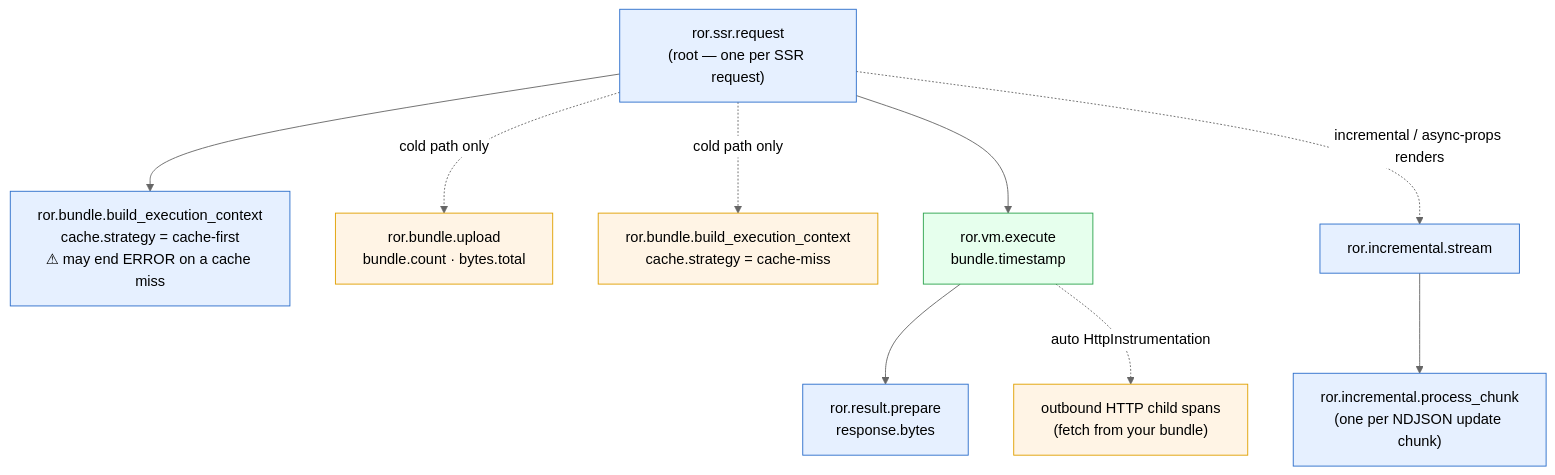
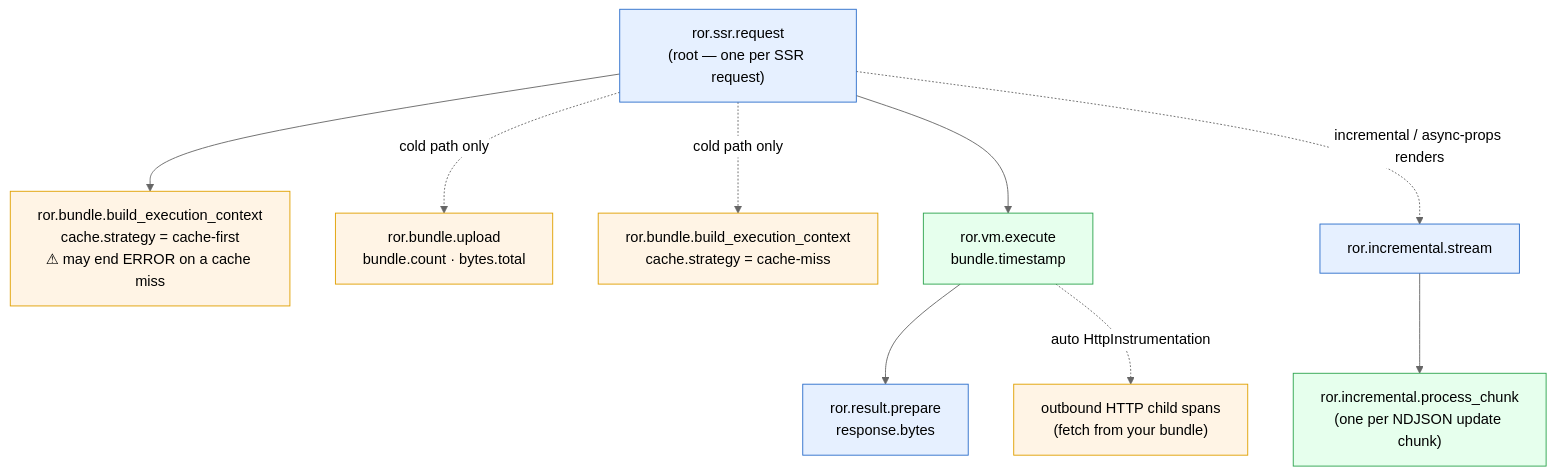
The fifth of 5 diagrams in docs/pro/node-renderer.md (shakacode/react_on_rails), drawn with Mermaid (neutral theme) before and after one commit. The commit also changed 1 other file, not shown here.

Commit message:
Style remaining docs diagram nodes

````diff
--- a/docs/pro/node-renderer.md
+++ b/docs/pro/node-renderer.md
@@ -410,21 +410,21 @@
 ```mermaid
 flowchart TB
     Root["ror.ssr.request<br/>(root — one per SSR request)"]
     Root --> BEC1["ror.bundle.build_execution_context<br/>cache.strategy = cache-first<br/>⚠ may end ERROR on a cache miss"]
     Root -. "cold path only" .-> Up["ror.bundle.upload<br/>bundle.count · bytes.total"]
     Root -. "cold path only" .-> BEC2["ror.bundle.build_execution_context<br/>cache.strategy = cache-miss"]
     Root --> Vm["ror.vm.execute<br/>bundle.timestamp"]
     Vm --> Prep["ror.result.prepare<br/>response.bytes"]
     Vm -. "auto HttpInstrumentation" .-> Http["outbound HTTP child spans<br/>(fetch from your bundle)"]
     Root -. "incremental / async-props renders" .-> Inc["ror.incremental.stream"]
     Inc --> Chunk["ror.incremental.process_chunk<br/>(one per NDJSON update chunk)"]
     style Root fill:#e6f0ff,stroke:#2c6ecb,color:#000
-    style BEC1 fill:#e6f0ff,stroke:#2c6ecb,color:#000
+    style BEC1 fill:#fff4e5,stroke:#e0a000,color:#000
     style Prep fill:#e6f0ff,stroke:#2c6ecb,color:#000
     style Vm fill:#e6ffed,stroke:#2da44e,color:#000
     style Http fill:#fff4e5,stroke:#e0a000,color:#000
     style Up fill:#fff4e5,stroke:#e0a000,color:#000
     style BEC2 fill:#fff4e5,stroke:#e0a000,color:#000
     style Inc fill:#e6f0ff,stroke:#2c6ecb,color:#000
-    style Chunk fill:#e6f0ff,stroke:#2c6ecb,color:#000
+    style Chunk fill:#e6ffed,stroke:#2da44e,color:#000
 ```
````
